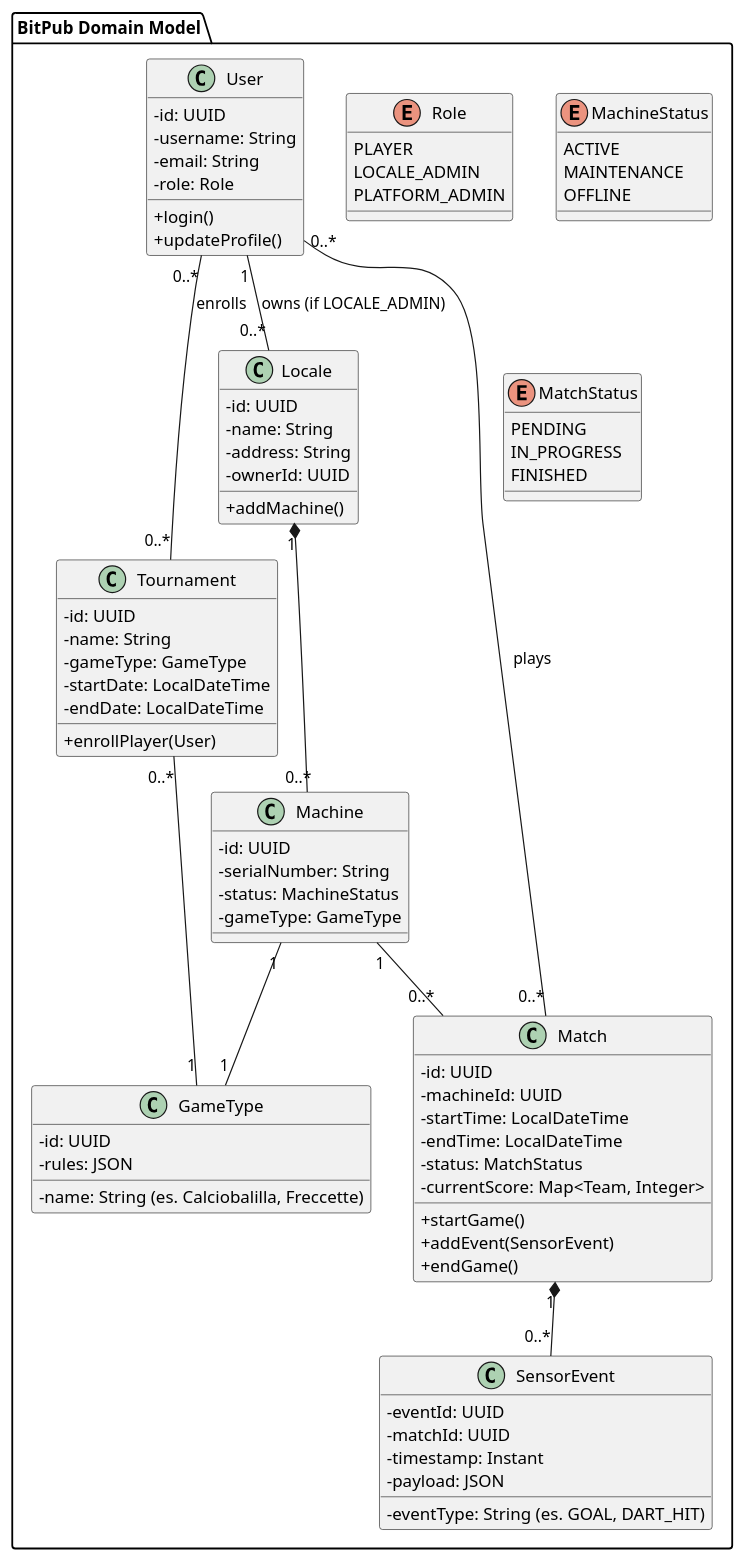
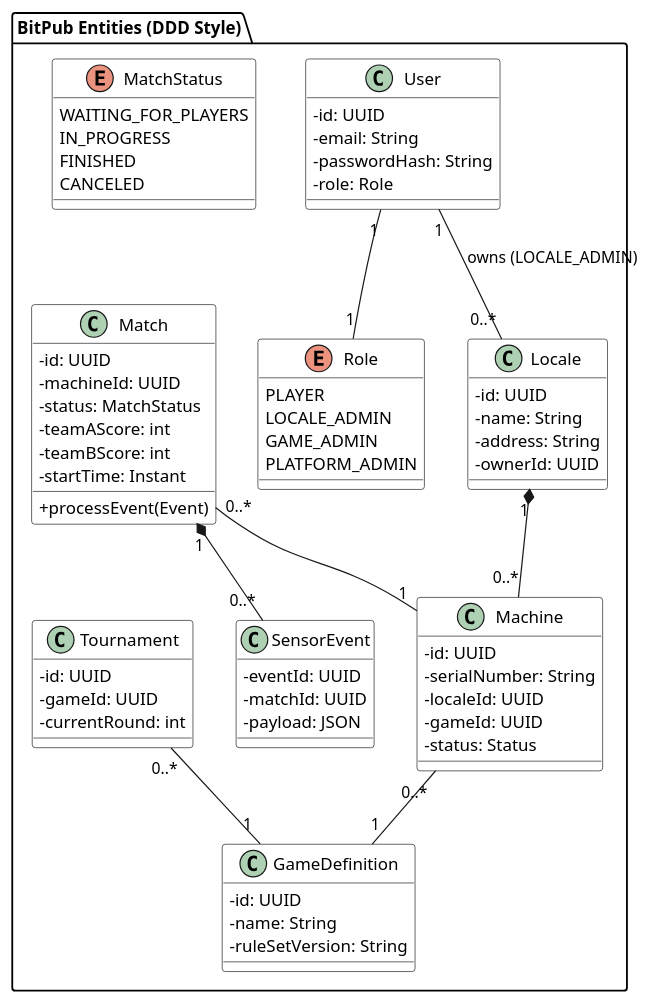
Before and after one commit to Stebs04/BitPub: the diagram in docs/uml/class-diagram-domain.puml, drawn with PlantUML. The commit also changed 31 other files, not shown here.

First line of the commit message:
Add unit test results for MqttBufferService and UML container diagram for team architecture

```diff
--- a/docs/uml/class-diagram-domain.puml
+++ b/docs/uml/class-diagram-domain.puml
@@ -1,93 +1,82 @@
 @startuml
 skinparam classAttributeIconSize 0
+skinparam class {
+  BackgroundColor White
+  BorderColor Black
+}
 
-package "BitPub Domain Model" {
+package "BitPub Entities (DDD Style)" {
 
     class User {
         - id: UUID
-        - username: String
         - email: String
+        - passwordHash: String
         - role: Role
-        + login()
-        + updateProfile()
     }
 
     enum Role {
         PLAYER
         LOCALE_ADMIN
+        GAME_ADMIN
         PLATFORM_ADMIN
     }
 
     class Locale {
         - id: UUID
         - name: String
         - address: String
         - ownerId: UUID
-        + addMachine()
     }
 
     class Machine {
         - id: UUID
         - serialNumber: String
-        - status: MachineStatus
-        - gameType: GameType
+        - localeId: UUID
+        - gameId: UUID
+        - status: Status
     }
 
-    enum MachineStatus {
-        ACTIVE
-        MAINTENANCE
-        OFFLINE
-    }
-
-    class GameType {
+    class GameDefinition {
         - id: UUID
-        - name: String (es. Calciobalilla, Freccette)
-        - rules: JSON
+        - name: String
+        - ruleSetVersion: String
     }
 
     class Match {
         - id: UUID
         - machineId: UUID
-        - startTime: LocalDateTime
-        - endTime: LocalDateTime
         - status: MatchStatus
-        - currentScore: Map<Team, Integer>
-        + startGame()
-        + addEvent(SensorEvent)
-        + endGame()
+        - teamAScore: int
+        - teamBScore: int
+        - startTime: Instant
+        + processEvent(Event)
     }
 
     enum MatchStatus {
-        PENDING
+        WAITING_FOR_PLAYERS
         IN_PROGRESS
         FINISHED
+        CANCELED
     }
 
     class SensorEvent {
         - eventId: UUID
         - matchId: UUID
-        - eventType: String (es. GOAL, DART_HIT)
-        - timestamp: Instant
         - payload: JSON
     }
 
     class Tournament {
         - id: UUID
-        - name: String
-        - gameType: GameType
-        - startDate: LocalDateTime
-        - endDate: LocalDateTime
-        + enrollPlayer(User)
+        - gameId: UUID
+        - currentRound: int
     }
 
-    User "1" -- "0..*" Locale : owns (if LOCALE_ADMIN)
+    User "1" -- "1" Role
+    User "1" -- "0..*" Locale : owns (LOCALE_ADMIN)
     Locale "1" *-- "0..*" Machine
-    Machine "1" -- "1" GameType
-    Machine "1" -- "0..*" Match
+    Machine "0..*" -- "1" GameDefinition
+    Match "0..*" -- "1" Machine
     Match "1" *-- "0..*" SensorEvent
-    Tournament "0..*" -- "1" GameType
-    User "0..*" -- "0..*" Tournament : enrolls
-    User "0..*" -- "0..*" Match : plays
+    Tournament "0..*" -- "1" GameDefinition
 }
-
 @enduml
```
